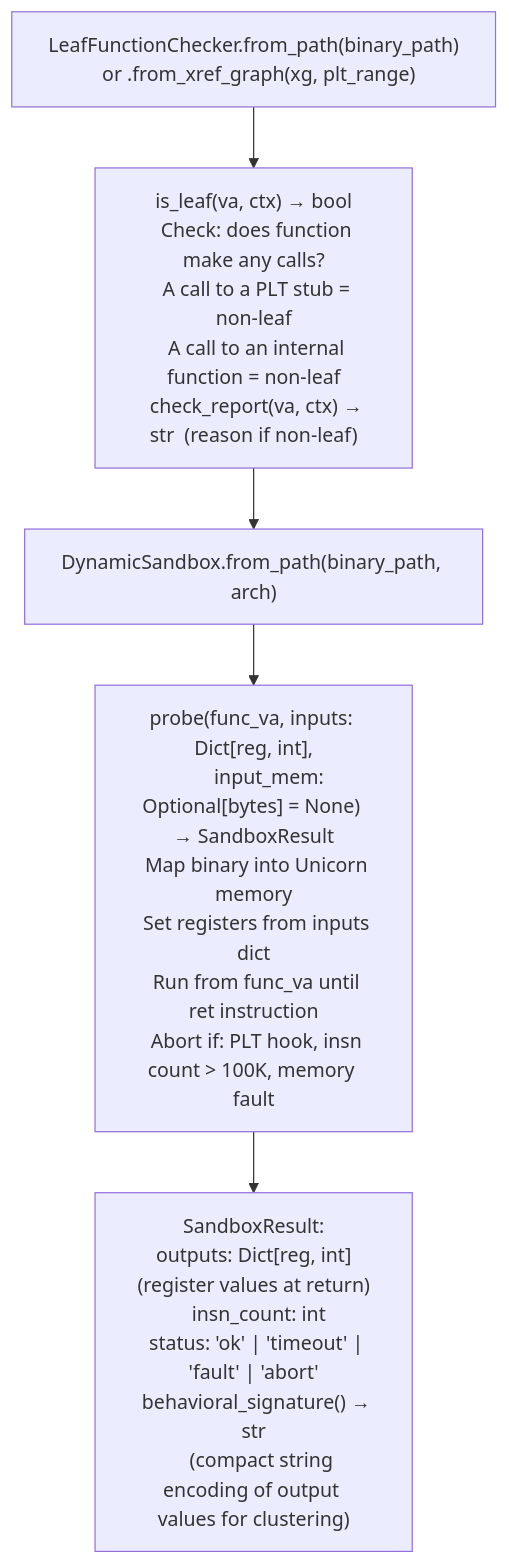
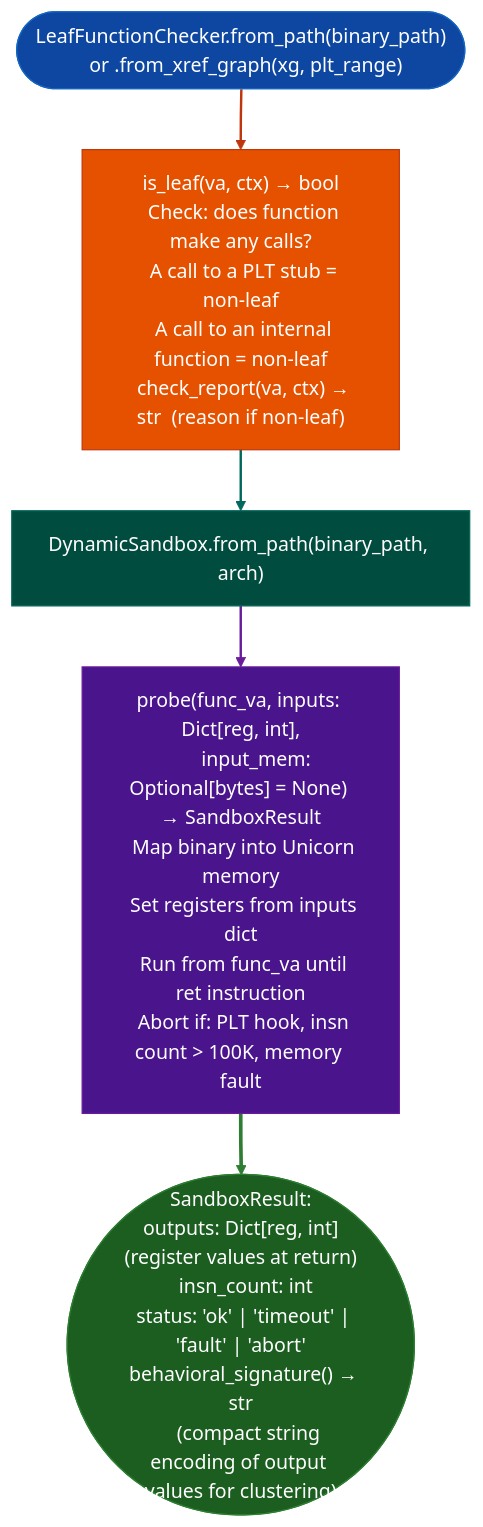
One commit to Ablation-Tool/ablation changed the diagram in docs/reference-modules/optional-angr-backed-analysis.md. Above: the diagram before and after it, drawn with Mermaid. The commit also changed 320 other files, not shown here.

First line of the commit message:
docs: apply canonical Mermaid template to all 321 diagrams

````diff
--- a/docs/reference-modules/optional-angr-backed-analysis.md
+++ b/docs/reference-modules/optional-angr-backed-analysis.md
@@ -19,7 +19,17 @@
 ```mermaid
 flowchart TD
-    A["LeafFunctionChecker.from_path(binary_path)\n  or .from_xref_graph(xg, plt_range)"] --> B["is_leaf(va, ctx) → bool\n  Check: does function make any calls?\n  A call to a PLT stub = non-leaf\n  A call to an internal function = non-leaf\n  check_report(va, ctx) → str  (reason if non-leaf)"]
-    B --> C["DynamicSandbox.from_path(binary_path, arch)"]
-    C --> D["probe(func_va, inputs: Dict[reg, int],\n       input_mem: Optional[bytes] = None) → SandboxResult\n  Map binary into Unicorn memory\n  Set registers from inputs dict\n  Run from func_va until ret instruction\n  Abort if: PLT hook, insn count > 100K, memory fault"]
-    D --> E["SandboxResult:\n  outputs: Dict[reg, int]  (register values at return)\n  insn_count: int\n  status: 'ok' | 'timeout' | 'fault' | 'abort'\n  behavioral_signature() → str\n    (compact string encoding of output values for clustering)"]
+    A(["LeafFunctionChecker.from_path(binary_path)\n  or .from_xref_graph(xg, plt_range)"]):::input --> B["is_leaf(va, ctx) → bool\n  Check: does function make any calls?\n  A call to a PLT stub = non-leaf\n  A call to an internal function = non-leaf\n  check_report(va, ctx) → str  (reason if non-leaf)"]:::primary
+    B:::primary --> C["DynamicSandbox.from_path(binary_path, arch)"]:::secondary
+    C:::secondary --> D["probe(func_va, inputs: Dict[reg, int],\n       input_mem: Optional[bytes] = None) → SandboxResult\n  Map binary into Unicorn memory\n  Set registers from inputs dict\n  Run from func_va until ret instruction\n  Abort if: PLT hook, insn count > 100K, memory fault"]:::tertiary
+    D:::tertiary --> E(["SandboxResult:\n  outputs: Dict[reg, int]  (register values at return)\n  insn_count: int\n  status: 'ok' | 'timeout' | 'fault' | 'abort'\n  behavioral_signature() → str\n    (compact string encoding of output values for clustering)"]):::output
+    classDef input     fill:#0d47a1,stroke:#1565c0,color:#fff
+    classDef primary   fill:#e65100,stroke:#bf360c,color:#fff
+    classDef secondary fill:#004d40,stroke:#00695c,color:#fff
+    classDef tertiary  fill:#4a148c,stroke:#6a1b9a,color:#fff
+    classDef neutral   fill:#37474f,stroke:#546e7a,color:#fff
+    classDef output    fill:#1b5e20,stroke:#2e7d32,color:#fff
+    linkStyle 0 stroke:#bf360c,stroke-width:2px
+    linkStyle 1 stroke:#00695c,stroke-width:2px
+    linkStyle 2 stroke:#6a1b9a,stroke-width:2px
+    linkStyle 3 stroke:#2e7d32,stroke-width:3px
 ```
````
